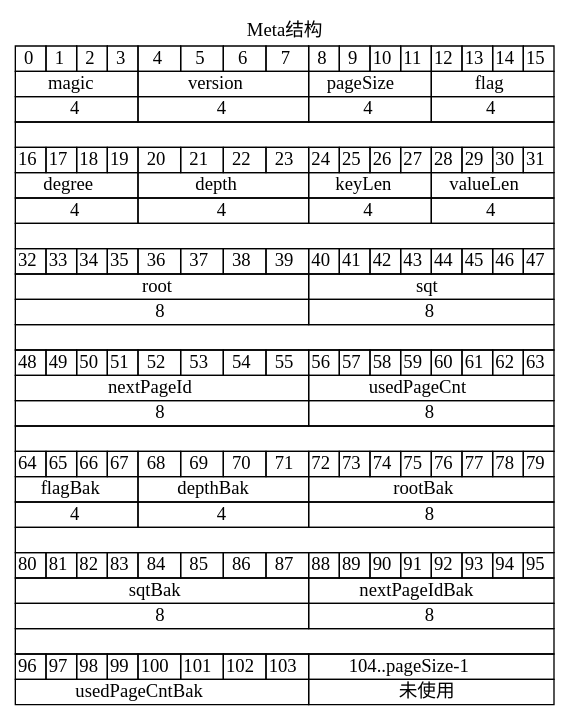
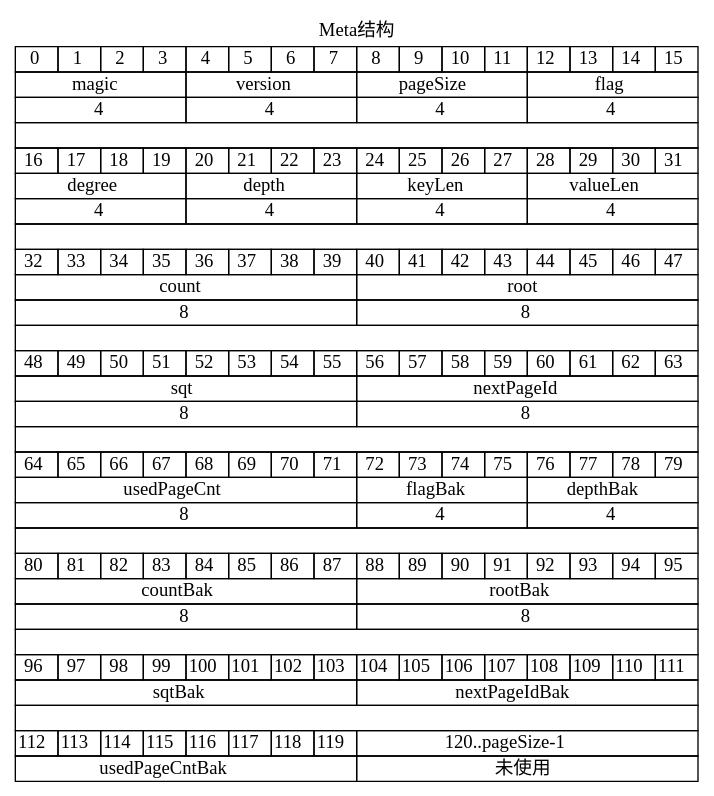
One commit to rectcircle/course-design-DBMS changed the second of 6 diagrams in doc/3-索引存储引擎.md. Above: the diagram before and after it, drawn with Graphviz. The commit also changed other lines of this file and 12 other files, not shown here.

```diff
--- a/doc/3-索引存储引擎.md
+++ b/doc/3-索引存储引擎.md
@@ -273,8 +273,8 @@
       <TD>47</TD>
     </TR>
     <TR>
+      <TD COLSPAN="8">count</TD>
       <TD COLSPAN="8">root</TD>
-      <TD COLSPAN="8">sqt</TD>
     </TR>
     <TR>
       <TD COLSPAN="8">8</TD>
@@ -302,8 +302,8 @@
       <TD>63</TD>
     </TR>
     <TR>
+      <TD COLSPAN="8">sqt</TD>
       <TD COLSPAN="8">nextPageId</TD>
-      <TD COLSPAN="8">usedPageCnt</TD>
     </TR>
     <TR>
       <TD COLSPAN="8">8</TD>
@@ -312,7 +312,7 @@
     <TR>
       <TD COLSPAN="16"> </TD>
     </TR>
-        <TR>
+    <TR>
       <TD>64</TD>
       <TD>65</TD>
       <TD>66</TD>
@@ -331,14 +331,15 @@
       <TD>79</TD>
     </TR>
     <TR>
+      <TD COLSPAN="8">usedPageCnt</TD>
       <TD COLSPAN="4">flagBak</TD>
       <TD COLSPAN="4">depthBak</TD>
-      <TD COLSPAN="8">rootBak</TD>
     </TR>
     <TR>
+      <TD COLSPAN="8">8</TD>
+
       <TD COLSPAN="4">4</TD>
       <TD COLSPAN="4">4</TD>
-      <TD COLSPAN="8">8</TD>
     </TR>
     <TR>
       <TD COLSPAN="16"> </TD>
@@ -362,8 +363,8 @@
       <TD>95</TD>
     </TR>
     <TR>
-      <TD COLSPAN="8">sqtBak</TD>
-      <TD COLSPAN="8">nextPageIdBak</TD>
+      <TD COLSPAN="8">countBak</TD>
+      <TD COLSPAN="8">rootBak</TD>
     </TR>
     <TR>
       <TD COLSPAN="8">8</TD>
@@ -381,7 +382,32 @@
       <TD>101</TD>
       <TD>102</TD>
       <TD>103</TD>
-      <TD COLSPAN="8"> 104..pageSize-1 </TD>
+      <TD>104</TD>
+      <TD>105</TD>
+      <TD>106</TD>
+      <TD>107</TD>
+      <TD>108</TD>
+      <TD>109</TD>
+      <TD>110</TD>
+      <TD>111</TD>
+    </TR>
+    <TR>
+      <TD COLSPAN="8">sqtBak</TD>
+      <TD COLSPAN="8">nextPageIdBak</TD>
+    </TR>
+    <TR>
+      <TD COLSPAN="16"> </TD>
+    </TR>
+    <TR>
+      <TD>112</TD>
+      <TD>113</TD>
+      <TD>114</TD>
+      <TD>115</TD>
+      <TD>116</TD>
+      <TD>117</TD>
+      <TD>118</TD>
+      <TD>119</TD>
+      <TD COLSPAN="8"> 120..pageSize-1 </TD>
     </TR>
     <TR>
       <TD COLSPAN="8"> usedPageCntBak </TD>
```
